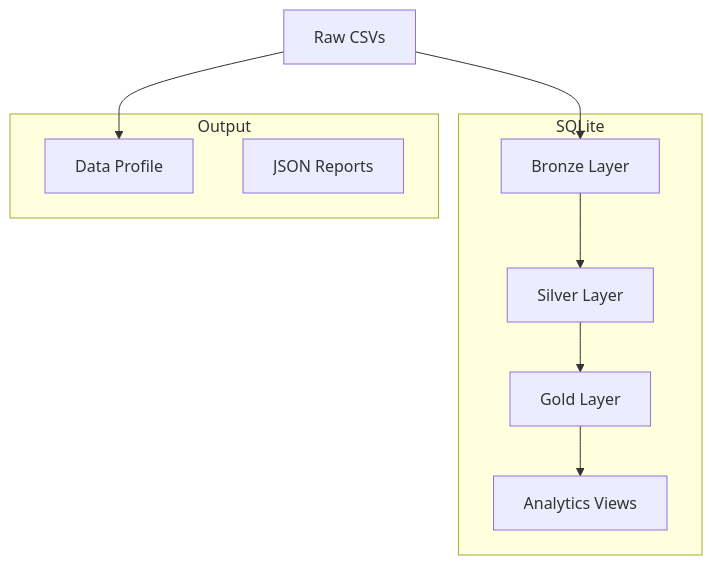
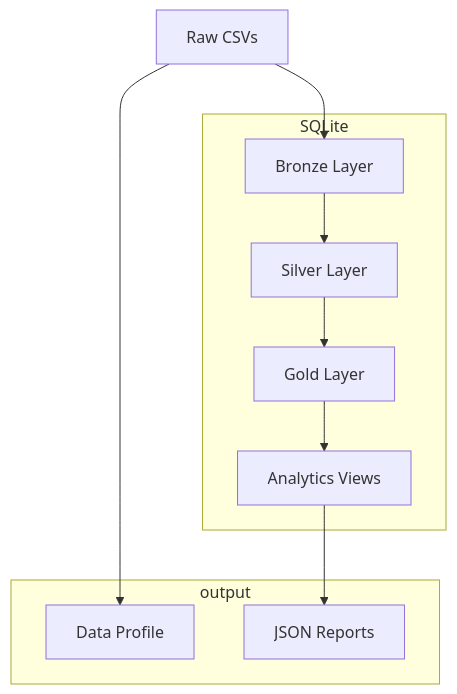
One commit to jaymberman/mindex_case_study changed the diagram in README.md. Above: the diagram before and after it, drawn with Mermaid.

Commit message:
enhance diagram

````diff
--- a/README.md
+++ b/README.md
@@ -22,23 +22,24 @@
 ```mermaid
 flowchart TD
 
     A[Raw CSVs]
 
     subgraph SQLITE[SQLite]
         B[Bronze Layer]
         C[Silver Layer]
         D[Gold Layer]
         E[Analytics Views]
     end
 
-    subgraph OUTPUT[Output]
+    subgraph OUTPUT[output]
         P[Data Profile]
         F[JSON Reports]
     end
 
     A --> B
     A --> P
     B --> C
     C --> D
     D --> E
+    E --> F
 ```
````
